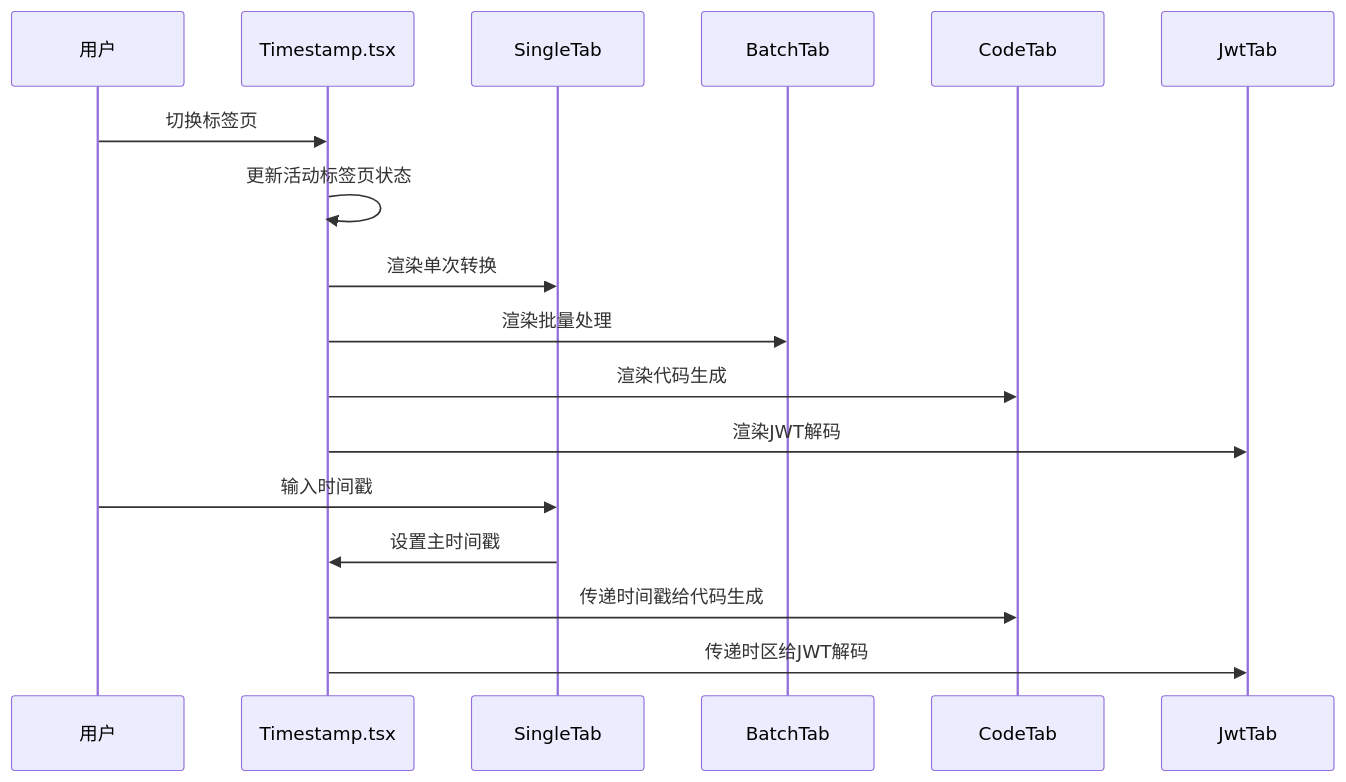
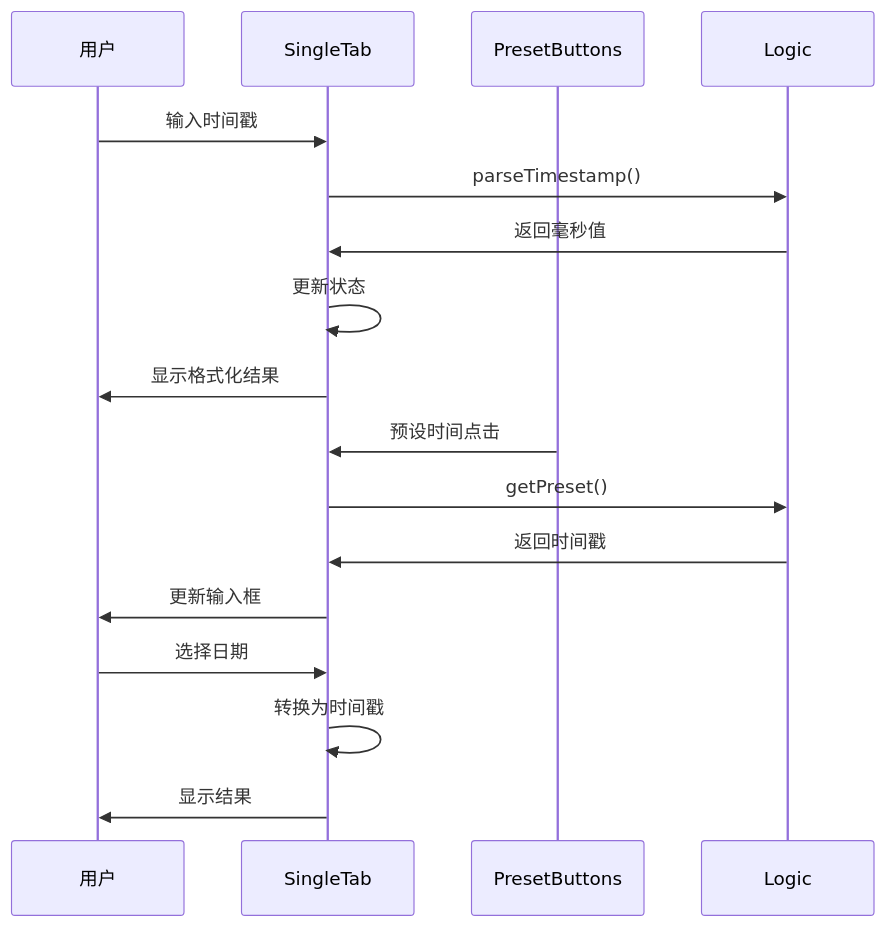
Before and after one commit to sgyy/privadeck: the sixth of 13 diagrams in .qoder/repowiki/zh/content/开发者工具/时间戳工具.md, drawn with Mermaid. The commit also changed other lines of this file and 48 other files, not shown here.

````diff
--- a/.qoder/repowiki/zh/content/开发者工具/时间戳工具.md
+++ b/.qoder/repowiki/zh/content/开发者工具/时间戳工具.md
@@ -143,19 +314,19 @@
 ```mermaid
 sequenceDiagram
 participant U as 用户
-participant T as Timestamp.tsx
-participant S as SingleTab
-participant B as BatchTab
-participant C as CodeTab
-participant J as JwtTab
-U->>T : 切换标签页
-T->>T : 更新活动标签页状态
-T->>S : 渲染单次转换
-T->>B : 渲染批量处理
-T->>C : 渲染代码生成
-T->>J : 渲染JWT解码
-U->>S : 输入时间戳
-S->>T : 设置主时间戳
-T->>C : 传递时间戳给代码生成
-T->>J : 传递时区给JWT解码
+participant ST as SingleTab
+participant PT as PresetButtons
+participant LT as Logic
+U->>ST : 输入时间戳
+ST->>LT : parseTimestamp()
+LT->>ST : 返回毫秒值
+ST->>ST : 更新状态
+ST->>U : 显示格式化结果
+PT->>ST : 预设时间点击
+ST->>LT : getPreset()
+LT->>ST : 返回时间戳
+ST->>U : 更新输入框
+U->>ST : 选择日期
+ST->>ST : 转换为时间戳
+ST->>U : 显示结果
 ```
````
